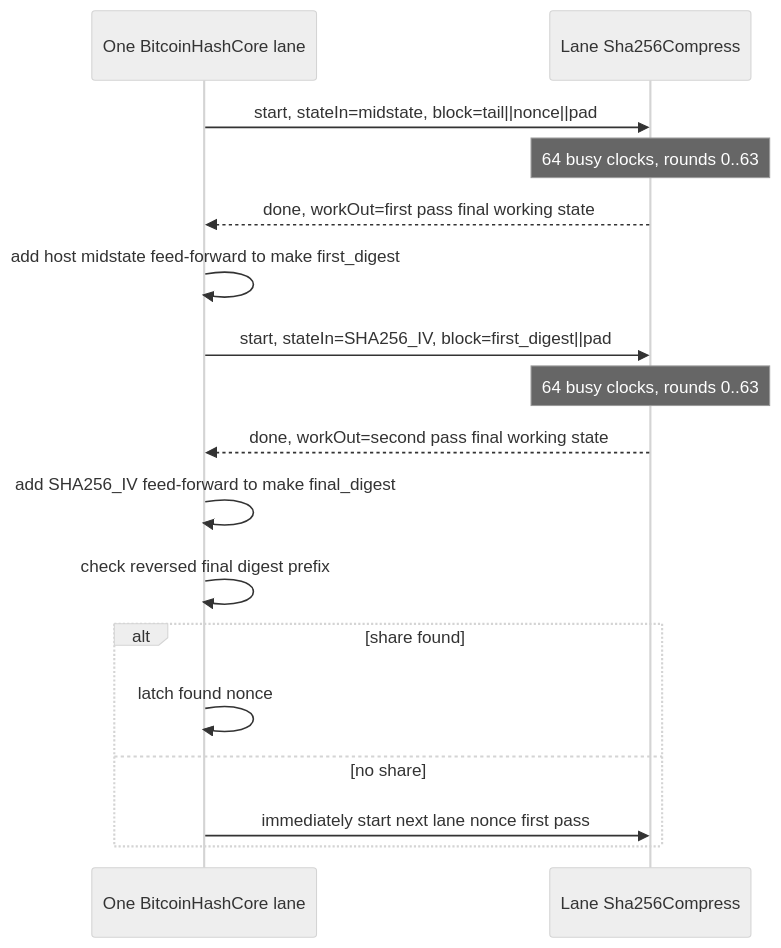
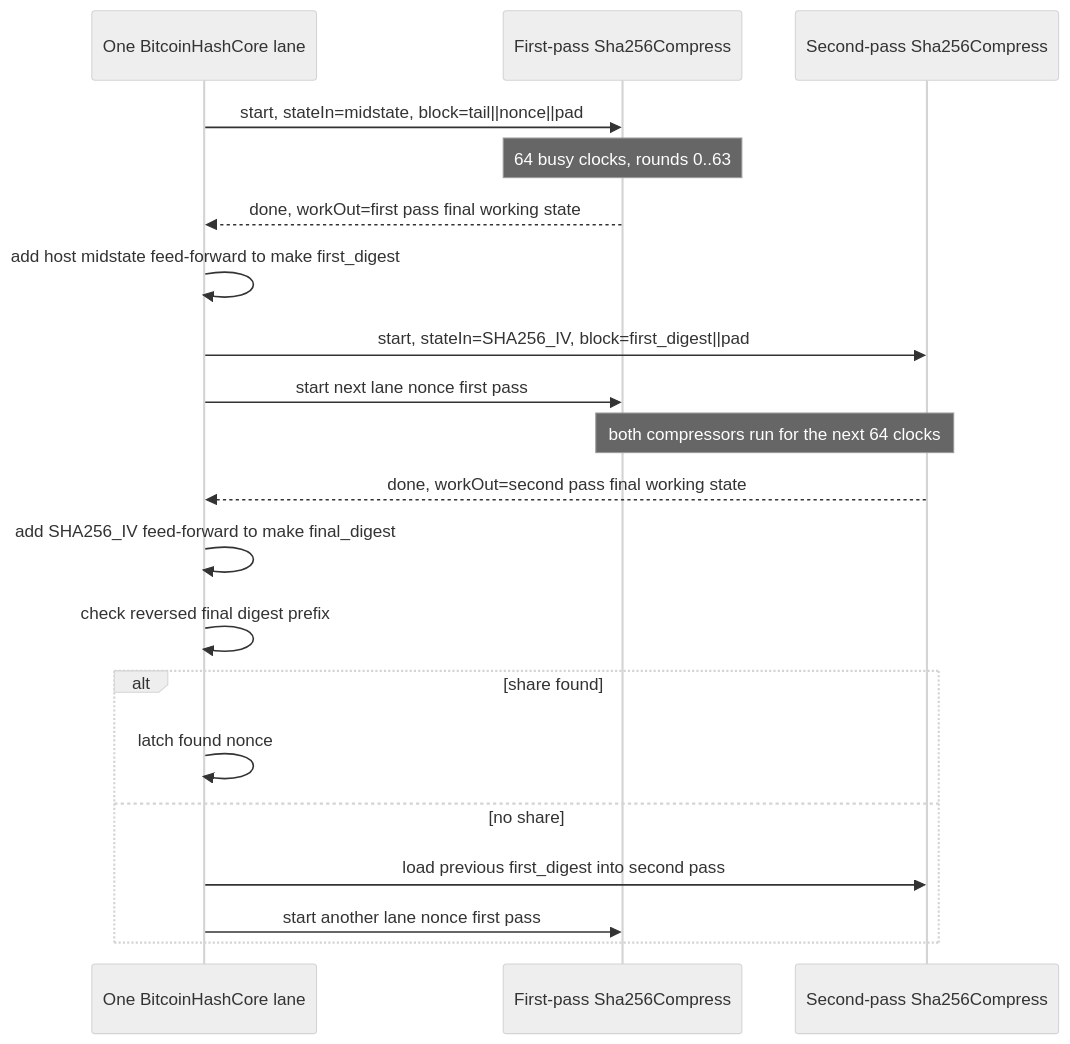
The fourth of 4 diagrams in docs/compression-circuitry.md (Distortions81/TangMiner), drawn with Mermaid (neutral theme) before and after one commit. The commit also changed other lines of this file and 14 other files, not shown here.

````diff
--- a/docs/compression-circuitry.md
+++ b/docs/compression-circuitry.md
@@ -184,20 +185,23 @@
 ```mermaid
 sequenceDiagram
     participant Core as One BitcoinHashCore lane
-    participant SHA as Lane Sha256Compress
+    participant SHA1 as First-pass Sha256Compress
+    participant SHA2 as Second-pass Sha256Compress
 
-    Core->>SHA: start, stateIn=midstate, block=tail||nonce||pad
-    Note over SHA: 64 busy clocks, rounds 0..63
-    SHA-->>Core: done, workOut=first pass final working state
+    Core->>SHA1: start, stateIn=midstate, block=tail||nonce||pad
+    Note over SHA1: 64 busy clocks, rounds 0..63
+    SHA1-->>Core: done, workOut=first pass final working state
     Core->>Core: add host midstate feed-forward to make first_digest
-    Core->>SHA: start, stateIn=SHA256_IV, block=first_digest||pad
-    Note over SHA: 64 busy clocks, rounds 0..63
-    SHA-->>Core: done, workOut=second pass final working state
+    Core->>SHA2: start, stateIn=SHA256_IV, block=first_digest||pad
+    Core->>SHA1: start next lane nonce first pass
+    Note over SHA1,SHA2: both compressors run for the next 64 clocks
+    SHA2-->>Core: done, workOut=second pass final working state
     Core->>Core: add SHA256_IV feed-forward to make final_digest
     Core->>Core: check reversed final digest prefix
     alt share found
         Core->>Core: latch found nonce
     else no share
-        Core->>SHA: immediately start next lane nonce first pass
+        Core->>SHA2: load previous first_digest into second pass
+        Core->>SHA1: start another lane nonce first pass
     end
 ```
````
